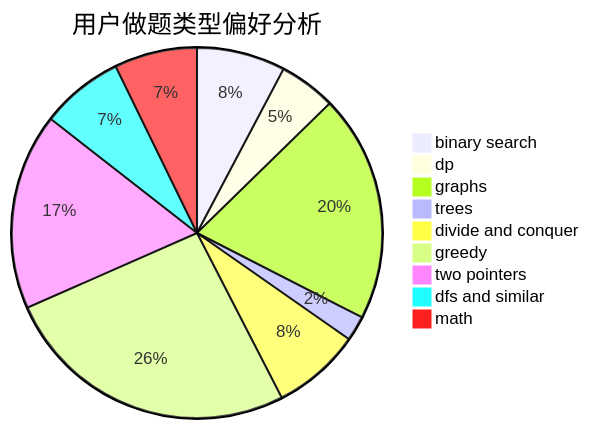
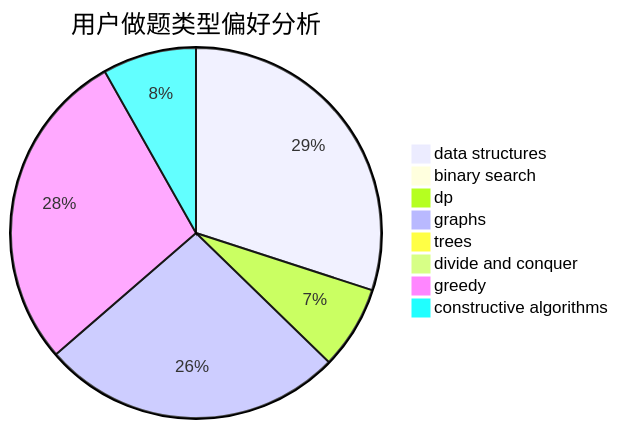
The second of 3 diagrams in docs/user/u1880.md (sherpahu/cfrs.github.io), drawn with Mermaid before and after one commit. The commit also changed other lines of this file and 2775 other files, not shown here.

````diff
--- a/docs/user/u1880.md
+++ b/docs/user/u1880.md
@@ -23,12 +23,11 @@
 ```mermaid
 pie title 用户做题类型偏好分析
-    "binary search" :  92
-    "dp" :  59
-    "graphs" :  236
-    "trees" :  26
-    "divide and conquer" :  92
-    "greedy" :  309
-    "two pointers" :  204
-    "dfs and similar" :  86
-    "math" :  86
+    "data structures" :  33
+    "binary search" :  1
+    "dp" :  8
+    "graphs" :  29
+    "trees" :  1
+    "divide and conquer" :  0
+    "greedy" :  31
+    "constructive algorithms" :  9
 ```
````
